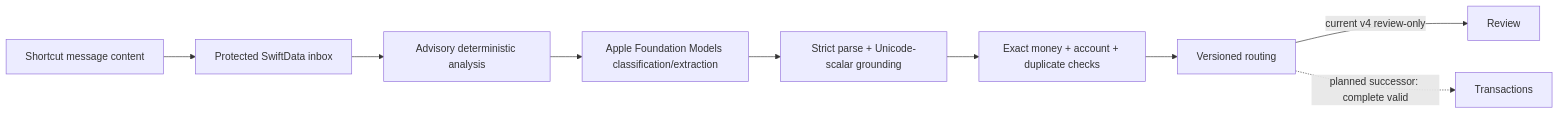
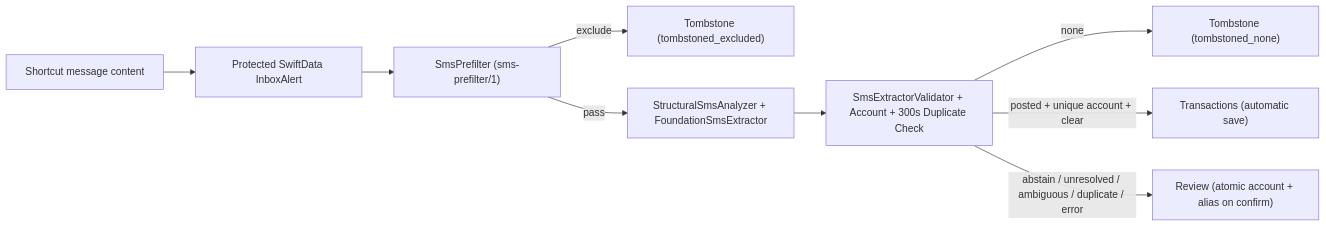
Before and after one commit to pocket-financer/pocket-financer-ios: the diagram in docs/architecture.md, drawn with Mermaid. The commit also changed other lines of this file and 195 other files, not shown here.

Commit message:
feat: consolidate SMS pipeline and align Apple FM contract

````diff
--- a/docs/architecture.md
+++ b/docs/architecture.md
@@ -17,11 +19,11 @@
 ```mermaid
 flowchart LR
-    A["Shortcut message content"] --> B["Protected SwiftData inbox"]
-    B --> C["Advisory deterministic analysis"]
-    C --> D["Apple Foundation Models classification/extraction"]
-    D --> E["Strict parse + Unicode-scalar grounding"]
-    E --> F["Exact money + account + duplicate checks"]
-    F --> G["Versioned routing"]
-    G -->|"current v4 review-only"| H["Review"]
-    G -.->|"planned successor: complete valid"| I["Transactions"]
+    A["Shortcut message content"] --> B["Protected SwiftData InboxAlert"]
+    B --> C["SmsPrefilter (sms-prefilter/1)"]
+    C -->|"exclude"| T1["Tombstone (tombstoned_excluded)"]
+    C -->|"pass"| D["StructuralSmsAnalyzer + FoundationSmsExtractor"]
+    D --> E["SmsExtractorValidator + Account + 300s Duplicate Check"]
+    E -->|"none"| T2["Tombstone (tombstoned_none)"]
+    E -->|"posted + unique account + clear"| F["Transactions (automatic save)"]
+    E -->|"abstain / unresolved / ambiguous / duplicate / error"| G["Review (atomic account + alias on confirm)"]
 ```
````
